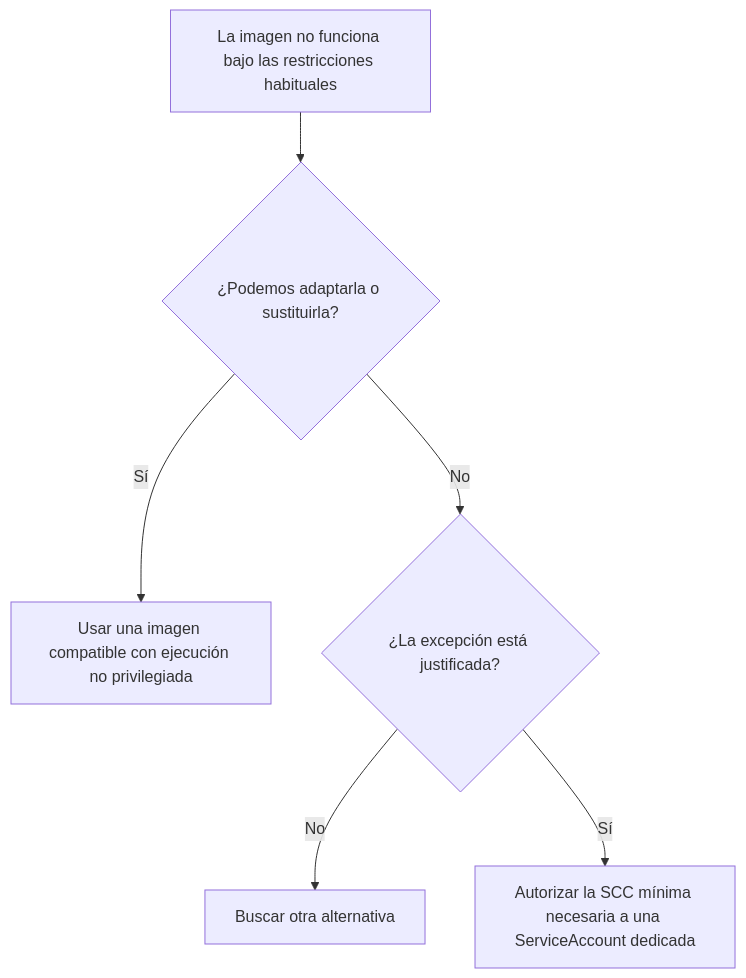
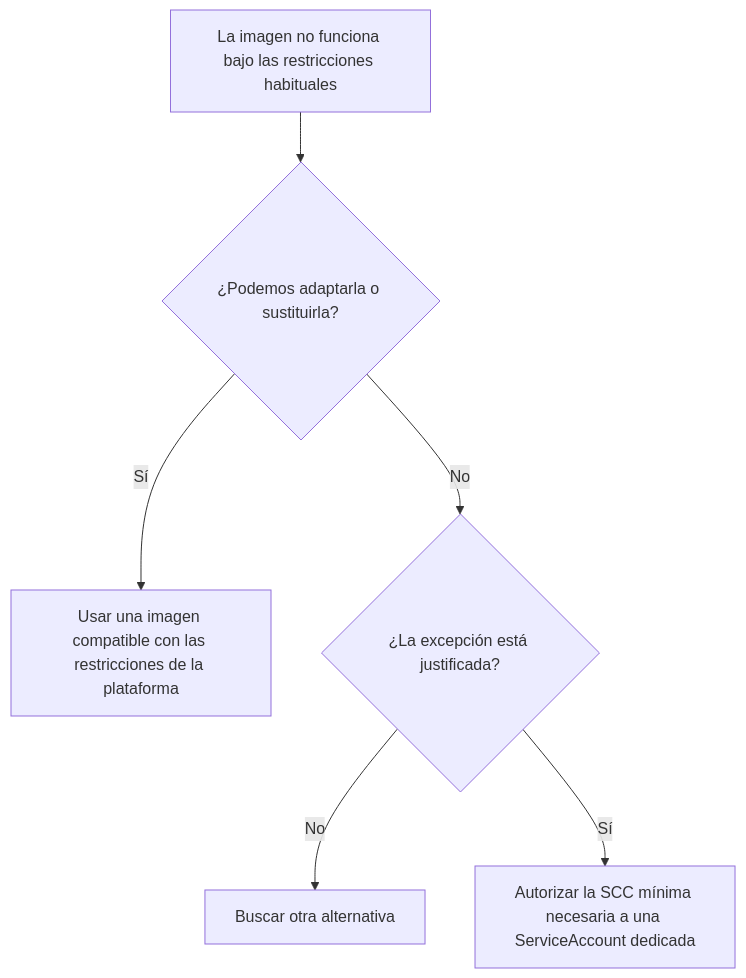
One commit to ieftraining/curso-openshift changed the first of 2 diagrams in docs/sesion2/2.6 Politicas de Seguridad.md. Above: the diagram before and after it, drawn with Mermaid. The commit also changed other lines of this file, not shown here.

````diff
--- a/docs/sesion2/2.6 Politicas de Seguridad.md
+++ b/docs/sesion2/2.6 Politicas de Seguridad.md
@@ -158,8 +189,8 @@
 ```mermaid
 flowchart TD
     A[La imagen no funciona bajo las restricciones habituales] --> B{¿Podemos adaptarla o sustituirla?}
-    B -->|Sí| C[Usar una imagen compatible con ejecución no privilegiada]
+    B -->|Sí| C[Usar una imagen compatible con las restricciones de la plataforma]
     B -->|No| D{¿La excepción está justificada?}
     D -->|No| E[Buscar otra alternativa]
     D -->|Sí| F[Autorizar la SCC mínima necesaria a una ServiceAccount dedicada]
 ```
````
